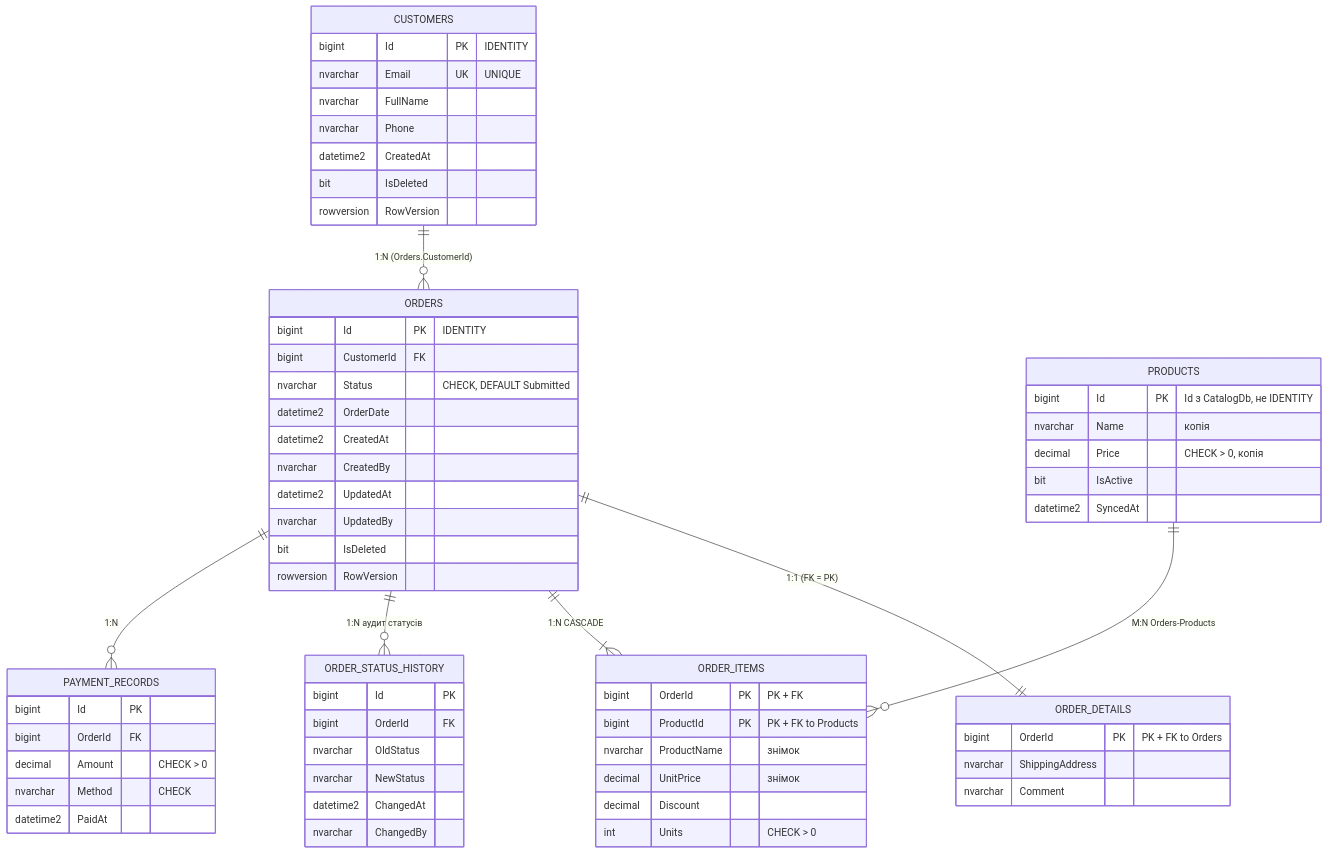
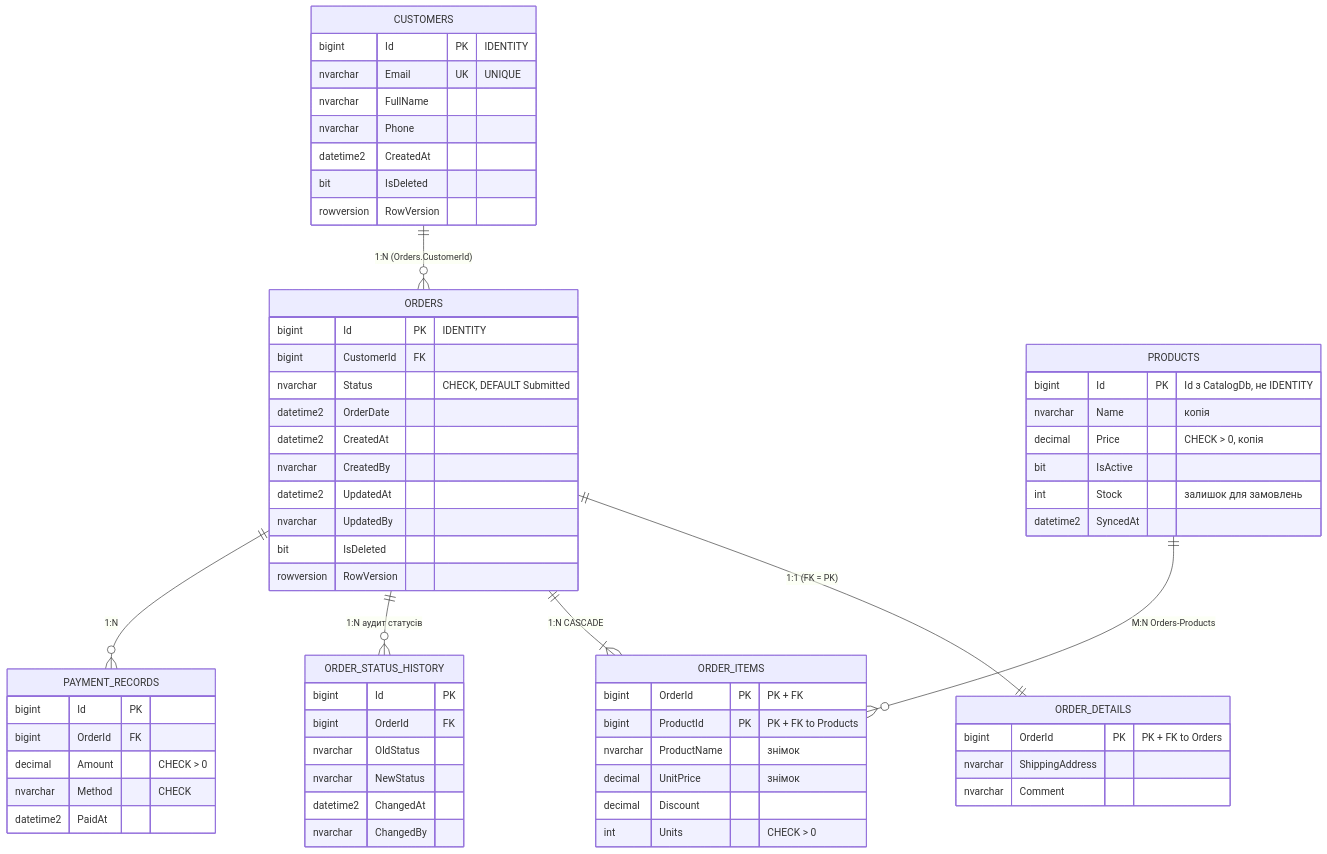
The second of 5 diagrams in README.md (ursuliakoleksandra/MicroservicesLab), drawn with Mermaid before and after one commit. The commit also changed other lines of this file and 47 other files, not shown here.

````diff
--- a/README.md
+++ b/README.md
@@ -90,66 +105,67 @@
 ```mermaid
 erDiagram
     CUSTOMERS ||--o{ ORDERS : "1:N (Orders.CustomerId)"
     ORDERS ||--|| ORDER_DETAILS : "1:1 (FK = PK)"
     ORDERS ||--|{ ORDER_ITEMS : "1:N CASCADE"
     PRODUCTS ||--o{ ORDER_ITEMS : "M:N Orders-Products"
     ORDERS ||--o{ ORDER_STATUS_HISTORY : "1:N аудит статусів"
     ORDERS ||--o{ PAYMENT_RECORDS : "1:N"
 
     CUSTOMERS {
         bigint Id PK "IDENTITY"
         nvarchar Email UK "UNIQUE"
         nvarchar FullName
         nvarchar Phone
         datetime2 CreatedAt
         bit IsDeleted
         rowversion RowVersion
     }
     ORDERS {
         bigint Id PK "IDENTITY"
         bigint CustomerId FK
         nvarchar Status "CHECK, DEFAULT Submitted"
         datetime2 OrderDate
         datetime2 CreatedAt
         nvarchar CreatedBy
         datetime2 UpdatedAt
         nvarchar UpdatedBy
         bit IsDeleted
         rowversion RowVersion
     }
     ORDER_DETAILS {
         bigint OrderId PK "PK + FK to Orders"
         nvarchar ShippingAddress
         nvarchar Comment
     }
     PRODUCTS {
         bigint Id PK "Id з CatalogDb, не IDENTITY"
         nvarchar Name "копія"
         decimal Price "CHECK > 0, копія"
         bit IsActive
+        int Stock "залишок для замовлень"
         datetime2 SyncedAt
     }
     ORDER_ITEMS {
         bigint OrderId PK "PK + FK"
         bigint ProductId PK "PK + FK to Products"
         nvarchar ProductName "знімок"
         decimal UnitPrice "знімок"
         decimal Discount
         int Units "CHECK > 0"
     }
     ORDER_STATUS_HISTORY {
         bigint Id PK
         bigint OrderId FK
         nvarchar OldStatus
         nvarchar NewStatus
         datetime2 ChangedAt
         nvarchar ChangedBy
     }
     PAYMENT_RECORDS {
         bigint Id PK
         bigint OrderId FK
         decimal Amount "CHECK > 0"
         nvarchar Method "CHECK"
         datetime2 PaidAt
     }
 ```
````
